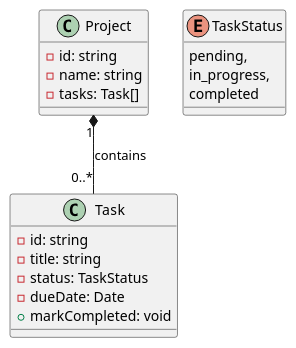
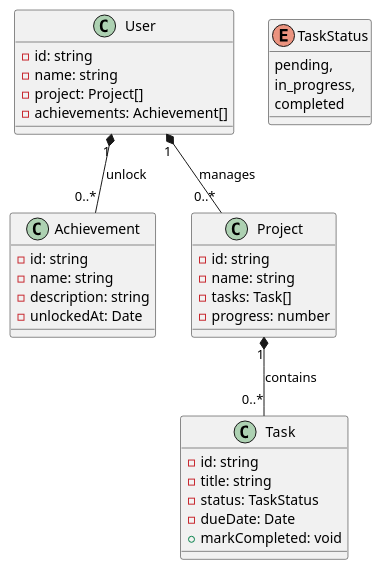
One commit to darellanodev/taskio changed the diagram in class-diagram.puml. Above: the diagram before and after it, drawn with PlantUML.

Commit message:
feat: Add User and Achievement classes to the UML diagram

```diff
--- a/class-diagram.puml
+++ b/class-diagram.puml
@@ -1,25 +1,42 @@
 @startuml class-diagram
+
+class User {
+  - id: string
+  - name: string
+  - project: Project[]
+  - achievements: Achievement[]
+}
+
+class Achievement {
+  - id: string
+  - name: string
+  - description: string
+  - unlockedAt: Date
+}
 
 class Project {
 - id: string
 - name: string
 - tasks: Task[]
+- progress: number
 }
 
 enum TaskStatus {
 pending,
 in_progress,
 completed
 }
 
 class Task {
 - id: string
 - title: string
 - status: TaskStatus
 - dueDate: Date
 + markCompleted: void
 }
 
 Project "1" *-- "0..*" Task: contains
+User "1" *-- "0..*" Project: manages
+User "1" *-- "0..*" Achievement: unlock
 
 @enduml
```
